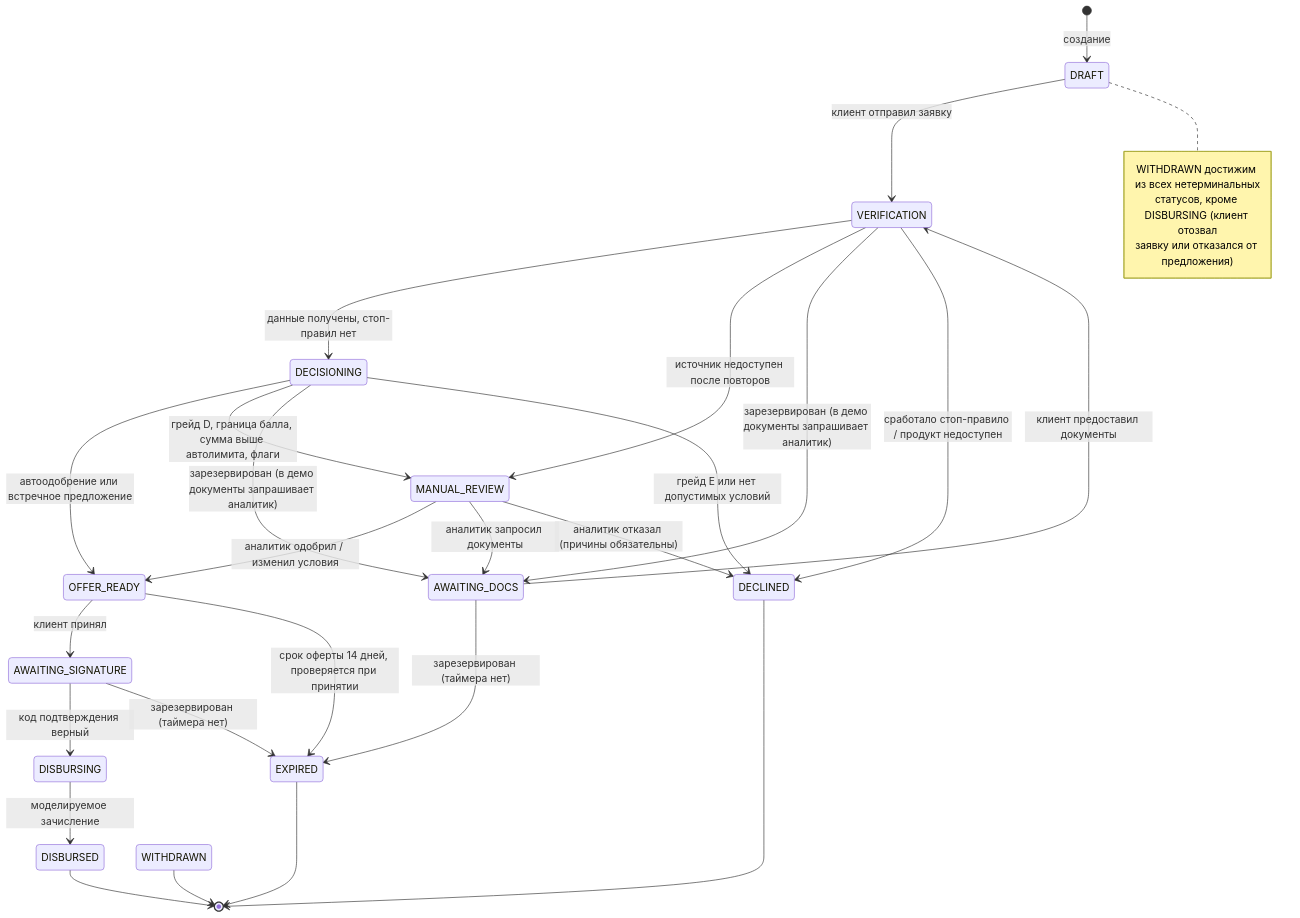
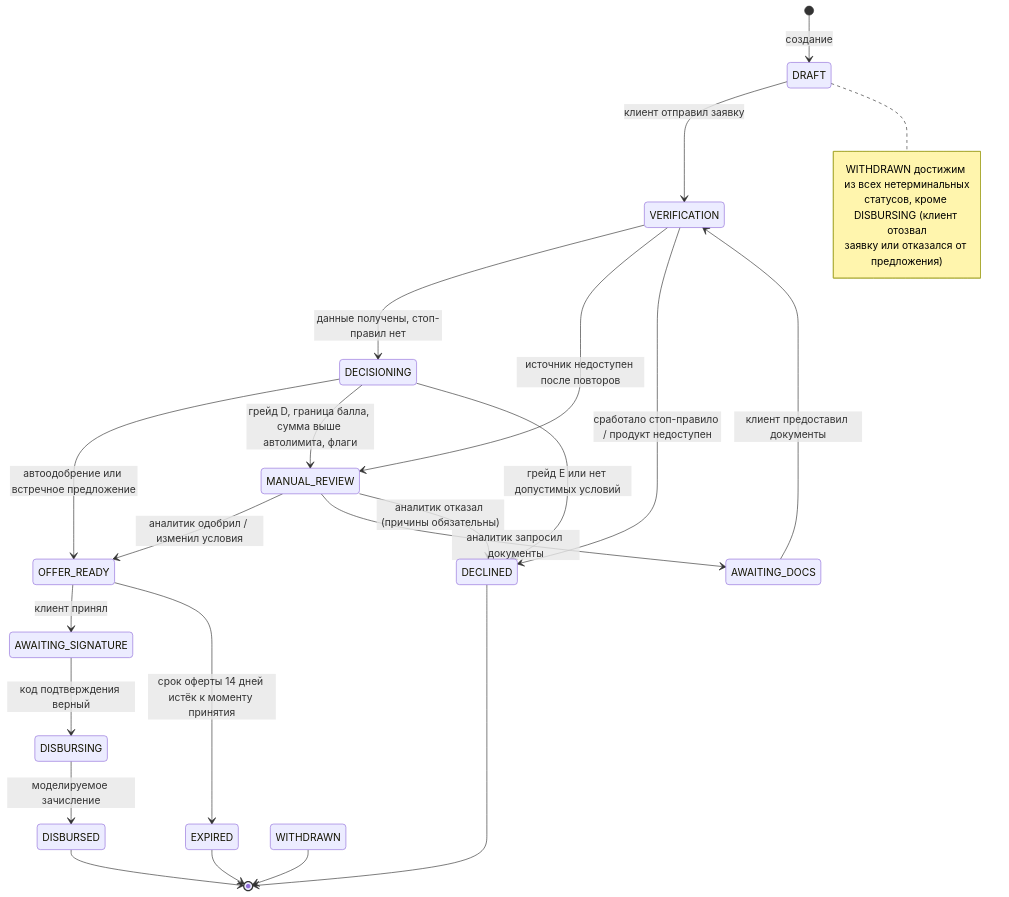
One commit to locih/alfa_hack_2026_draft changed the diagram in docs/state-diagram.md. Above: the diagram before and after it, drawn with Mermaid. The commit also changed other lines of this file and 11 other files, not shown here.

````diff
--- a/docs/state-diagram.md
+++ b/docs/state-diagram.md
@@ -5,32 +5,28 @@
 ```mermaid
 stateDiagram-v2
     [*] --> DRAFT: создание
     DRAFT --> VERIFICATION: клиент отправил заявку
     VERIFICATION --> DECISIONING: данные получены, стоп-правил нет
     VERIFICATION --> MANUAL_REVIEW: источник недоступен после повторов
-    VERIFICATION --> AWAITING_DOCS: зарезервирован (в демо документы запрашивает аналитик)
     VERIFICATION --> DECLINED: сработало стоп-правило / продукт недоступен
     AWAITING_DOCS --> VERIFICATION: клиент предоставил документы
-    AWAITING_DOCS --> EXPIRED: зарезервирован (таймера нет)
     DECISIONING --> OFFER_READY: автоодобрение или встречное предложение
     DECISIONING --> MANUAL_REVIEW: грейд D, граница балла, сумма выше автолимита, флаги
-    DECISIONING --> AWAITING_DOCS: зарезервирован (в демо документы запрашивает аналитик)
     DECISIONING --> DECLINED: грейд E или нет допустимых условий
     MANUAL_REVIEW --> OFFER_READY: аналитик одобрил / изменил условия
     MANUAL_REVIEW --> AWAITING_DOCS: аналитик запросил документы
     MANUAL_REVIEW --> DECLINED: аналитик отказал (причины обязательны)
     OFFER_READY --> AWAITING_SIGNATURE: клиент принял
-    OFFER_READY --> EXPIRED: срок оферты 14 дней, проверяется при принятии
+    OFFER_READY --> EXPIRED: срок оферты 14 дней истёк к моменту принятия
     AWAITING_SIGNATURE --> DISBURSING: код подтверждения верный
-    AWAITING_SIGNATURE --> EXPIRED: зарезервирован (таймера нет)
     DISBURSING --> DISBURSED: моделируемое зачисление
     DISBURSED --> [*]
     DECLINED --> [*]
     WITHDRAWN --> [*]
     EXPIRED --> [*]
     note right of DRAFT
         WITHDRAWN достижим из всех нетерминальных
         статусов, кроме DISBURSING (клиент отозвал
         заявку или отказался от предложения)
     end note
 ```
````
